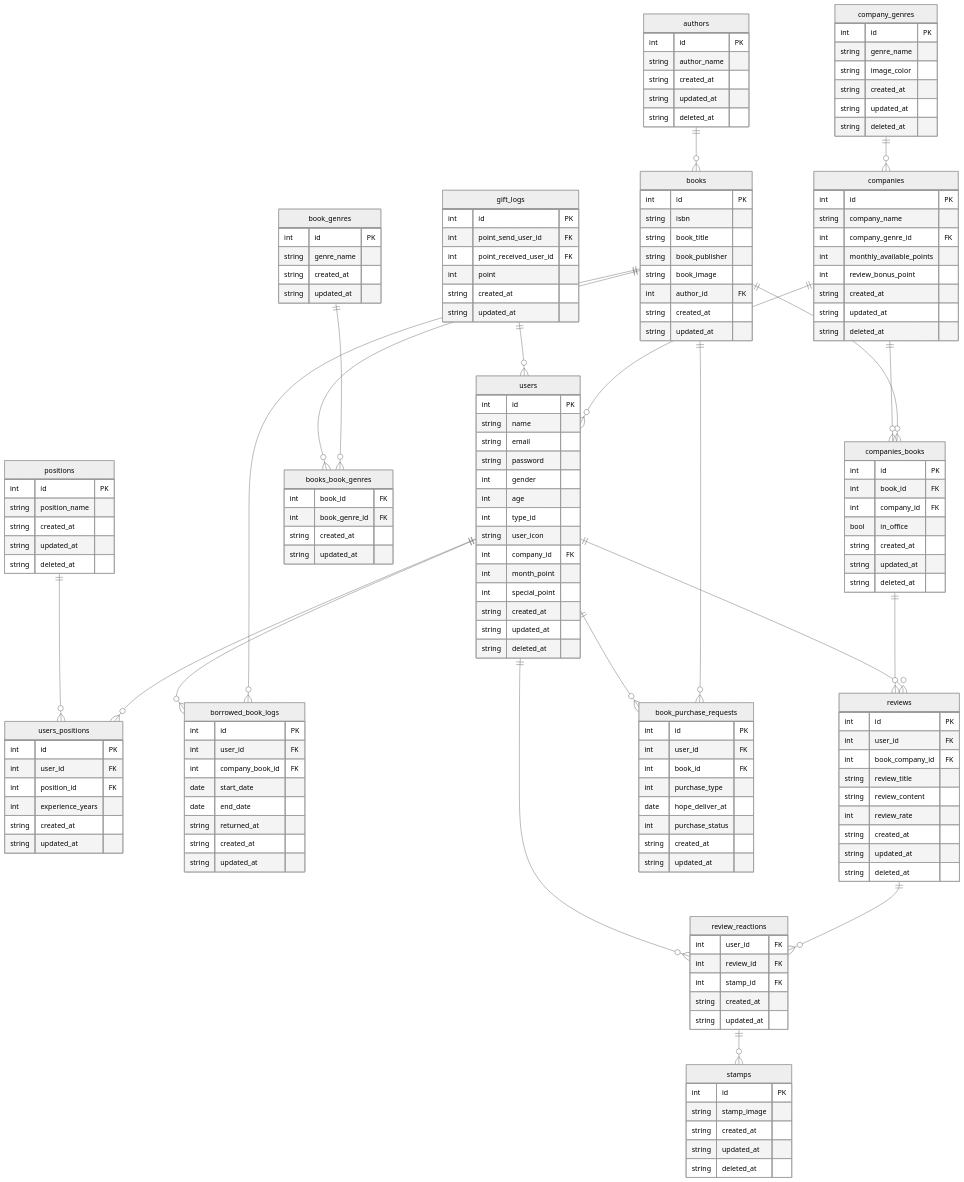
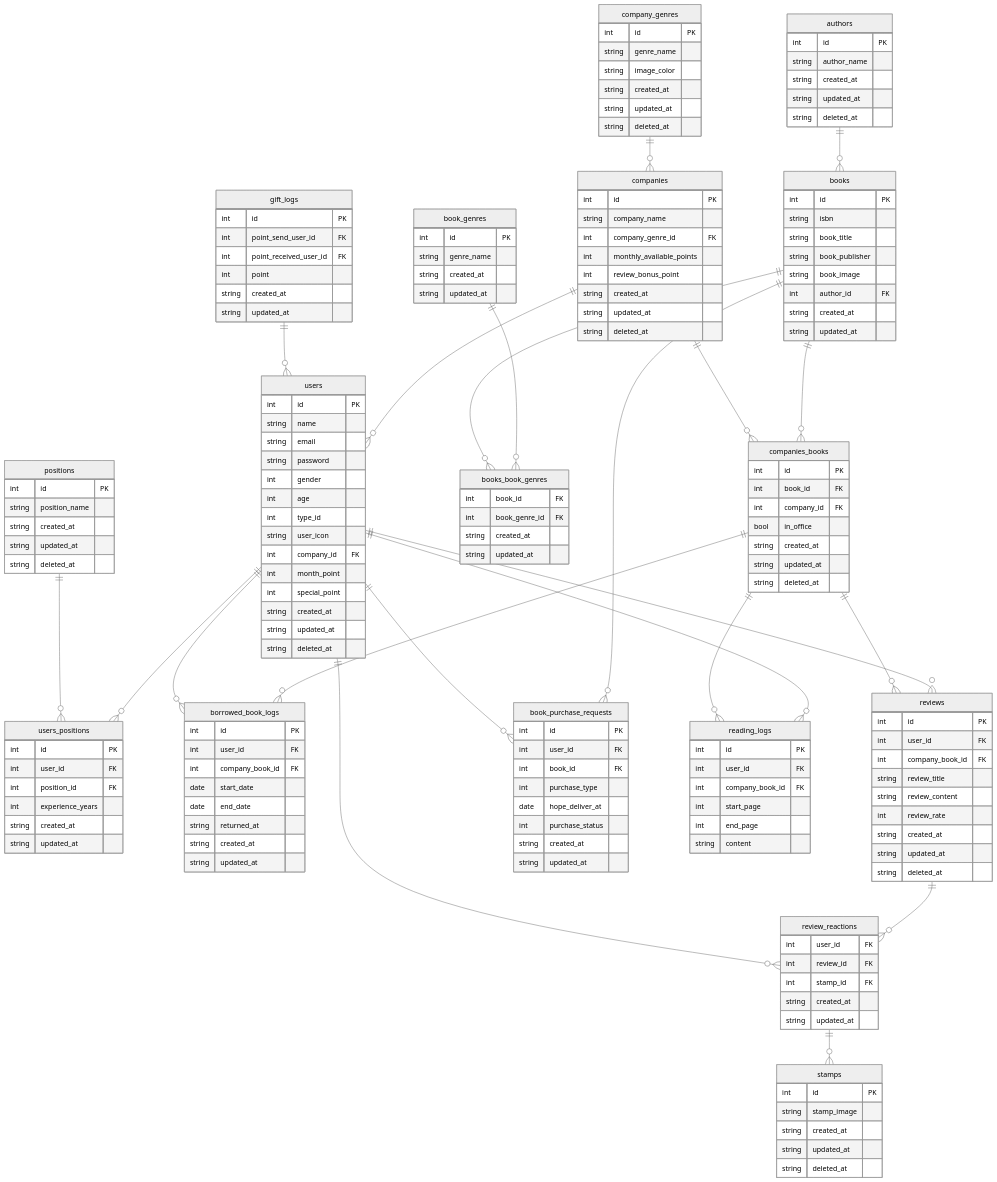
One commit to HashimotoShuhei-z/LibCone-backend changed the diagram in README.md. Above: the diagram before and after it, drawn with Mermaid (neutral theme).

````diff
--- a/README.md
+++ b/README.md
@@ -205,7 +205,7 @@
 reviews {
 	int id PK
 	int user_id FK
-	int book_company_id FK
+	int company_book_id FK
 	string review_title
 	string review_content
 	int review_rate
@@ -250,6 +250,15 @@
 	string updated_at 
 }
 
+reading_logs {
+	int id PK
+	int user_id FK
+	int company_book_id FK
+	int start_page
+	int end_page
+	string content
+	}
+
 companies ||--o{ users : ""
 company_genres ||--o{ companies : ""
 books ||--o{ companies_books : ""
@@ -257,7 +266,7 @@
 authors ||--o{ books : ""
 book_genres ||--o{ books_book_genres : ""
 books ||--o{ books_book_genres : ""
-books ||--o{ borrowed_book_logs : ""
+companies_books ||--o{ borrowed_book_logs : ""
 users ||--o{ borrowed_book_logs : ""
 users ||--o{ users_positions : ""
 positions ||--o{ users_positions : ""
@@ -269,4 +278,6 @@
 books ||--o{ book_purchase_requests : ""
 users ||--o{ book_purchase_requests : ""
 gift_logs ||--o{ users : ""
+users ||--o{ reading_logs : ""
+companies_books ||--o{ reading_logs : ""
 ```
````
